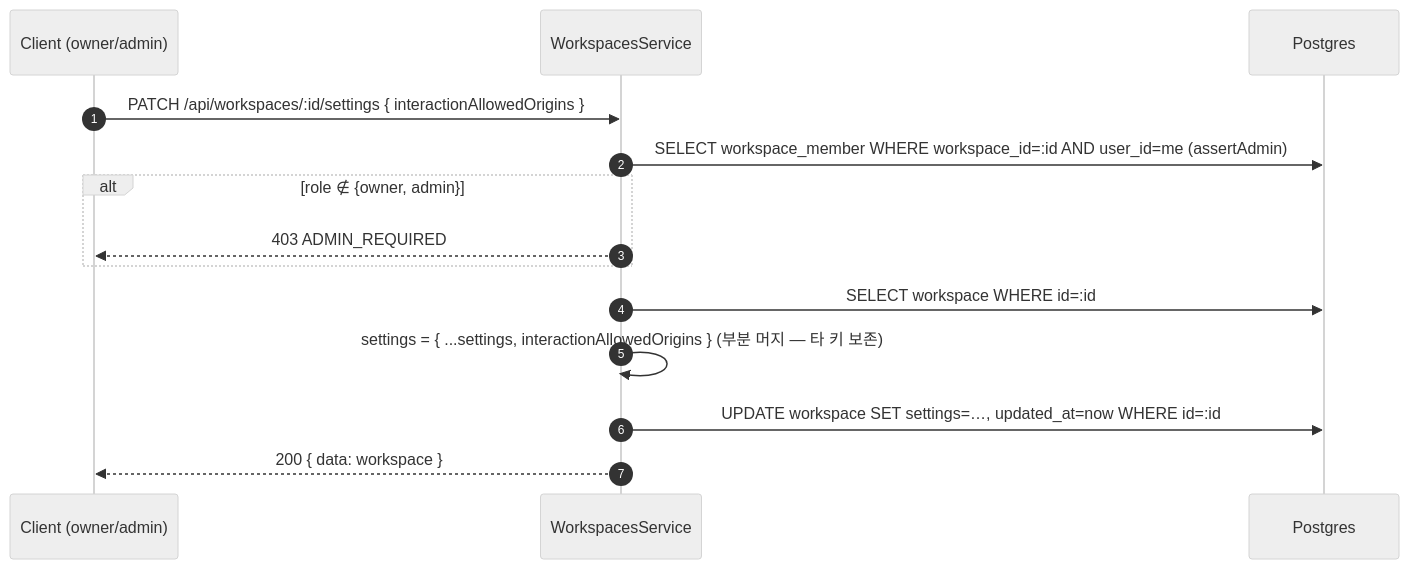
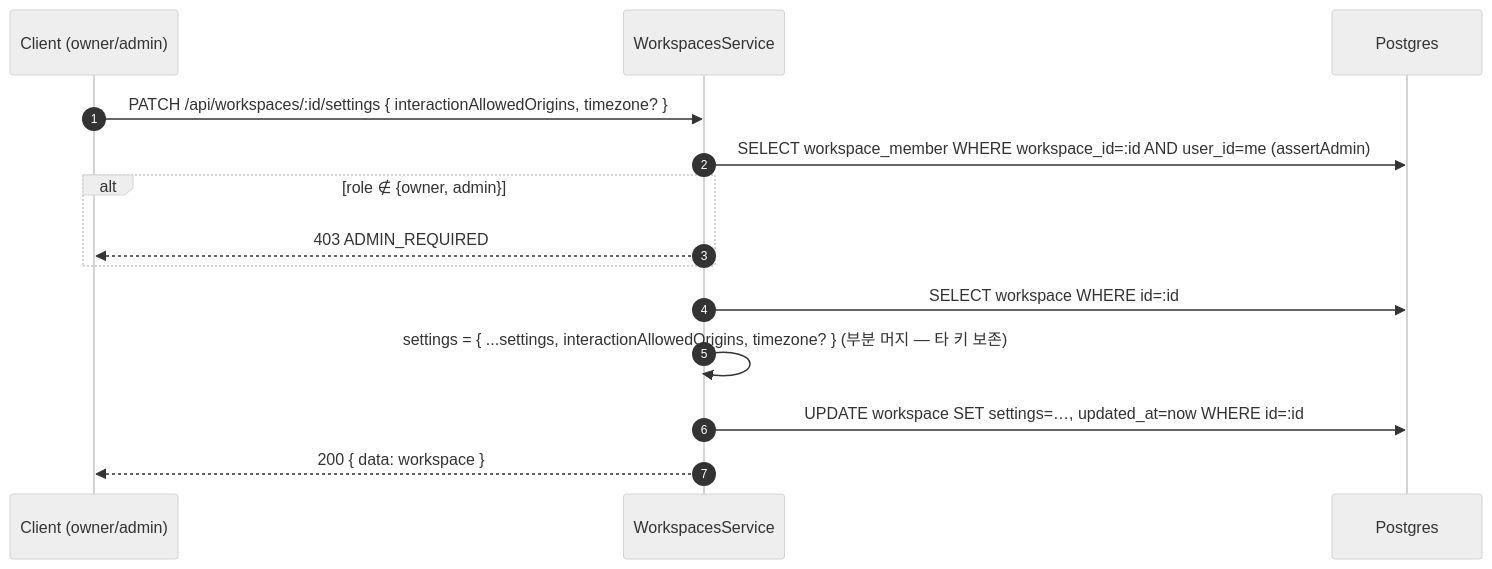
The fifth of 6 diagrams in spec/data-flow/12-workspace.md (worker-ants/clemvion), drawn with Mermaid (neutral theme) before and after one commit. The commit also changed other lines of this file and 27 other files, not shown here.

````diff
--- a/spec/data-flow/12-workspace.md
+++ b/spec/data-flow/12-workspace.md
@@ -136,16 +136,16 @@
 ```mermaid
 sequenceDiagram
   autonumber
   participant C as Client (owner/admin)
   participant Svc as WorkspacesService
   participant PG as Postgres
-  C->>Svc: PATCH /api/workspaces/:id/settings { interactionAllowedOrigins }
+  C->>Svc: PATCH /api/workspaces/:id/settings { interactionAllowedOrigins, timezone? }
   Svc->>PG: SELECT workspace_member WHERE workspace_id=:id AND user_id=me (assertAdmin)
   alt role ∉ {owner, admin}
     Svc-->>C: 403 ADMIN_REQUIRED
   end
   Svc->>PG: SELECT workspace WHERE id=:id
-  Svc->>Svc: settings = { ...settings, interactionAllowedOrigins }  (부분 머지 — 타 키 보존)
+  Svc->>Svc: settings = { ...settings, interactionAllowedOrigins, timezone? }  (부분 머지 — 타 키 보존)
   Svc->>PG: UPDATE workspace SET settings=…, updated_at=now WHERE id=:id
   Svc-->>C: 200 { data: workspace }
 ```
````
